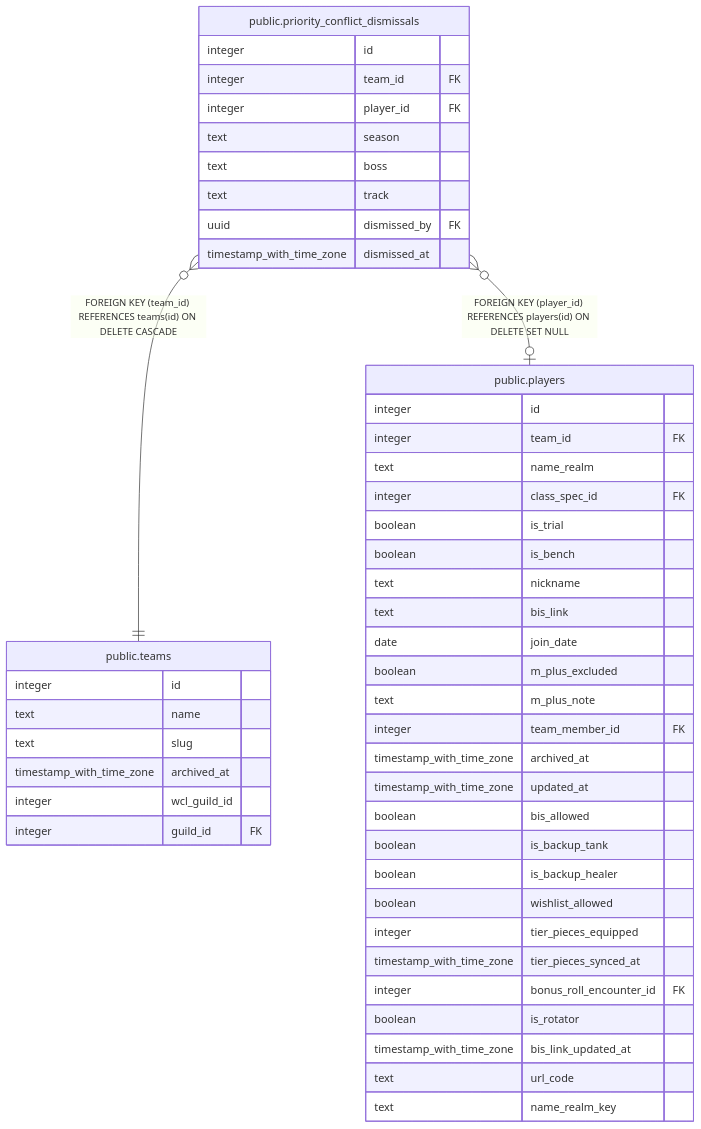
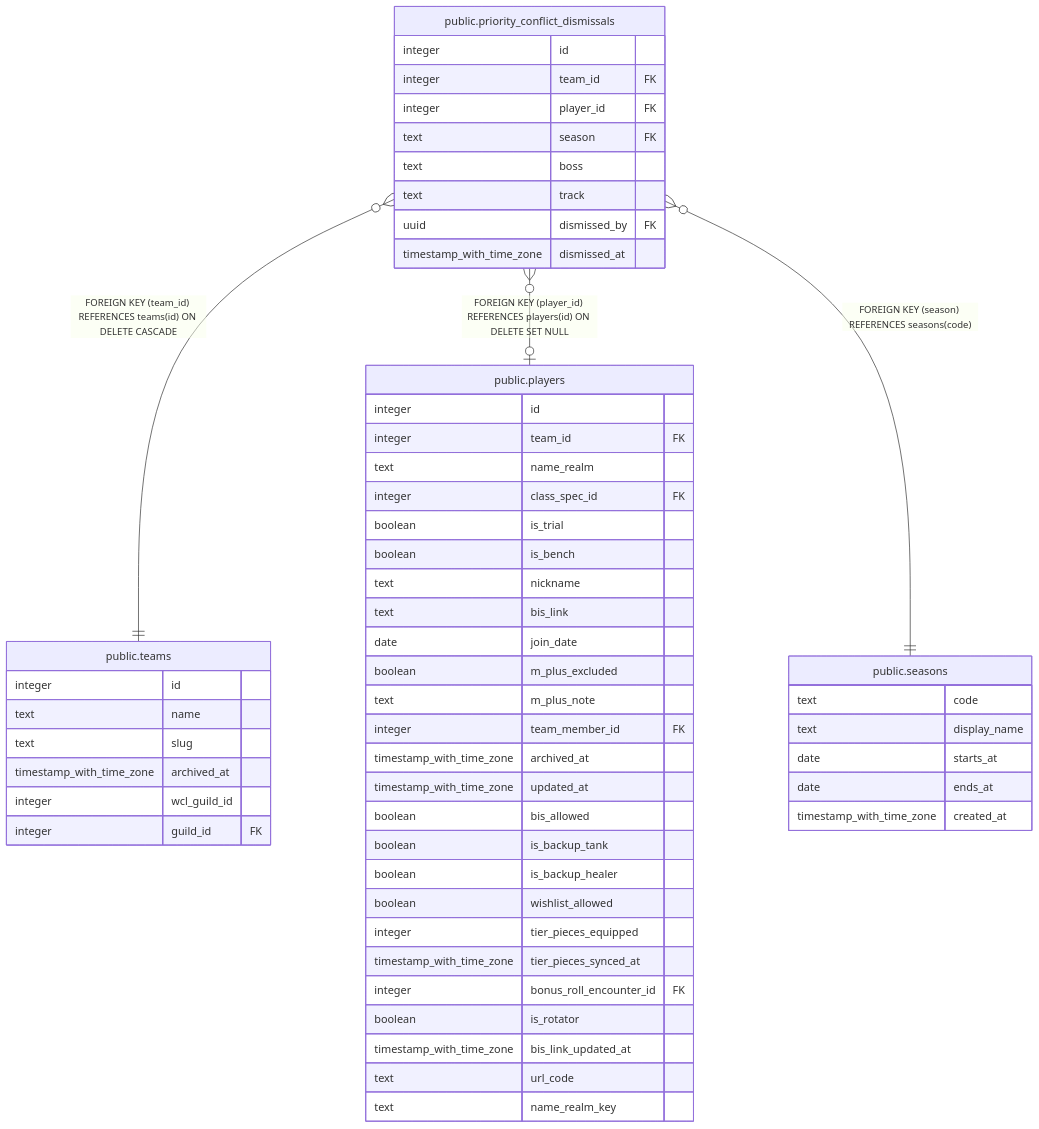
The diagram in dbdoc/public.priority_conflict_dismissals.md (katogaming88/WGA-Raid-Hub), drawn with Mermaid before and after one commit. The commit also changed other lines of this file and 64 other files, not shown here.

First line of the commit message:
A seasons table, a foreign key on every season column, and the sync keeping the team's stamp (v3.123.0) (#1194)

````diff
--- a/dbdoc/public.priority_conflict_dismissals.md
+++ b/dbdoc/public.priority_conflict_dismissals.md
@@ -45,52 +46,60 @@
 ```mermaid
 erDiagram
 
 "public.priority_conflict_dismissals" }o--|| "public.teams" : "FOREIGN KEY (team_id) REFERENCES teams(id) ON DELETE CASCADE"
 "public.priority_conflict_dismissals" }o--o| "public.players" : "FOREIGN KEY (player_id) REFERENCES players(id) ON DELETE SET NULL"
+"public.priority_conflict_dismissals" }o--|| "public.seasons" : "FOREIGN KEY (season) REFERENCES seasons(code)"
 
 "public.priority_conflict_dismissals" {
   integer id
   integer team_id FK
   integer player_id FK
-  text season
+  text season FK
   text boss
   text track
   uuid dismissed_by FK
   timestamp_with_time_zone dismissed_at
 }
 "public.teams" {
   integer id
   text name
   text slug
   timestamp_with_time_zone archived_at
   integer wcl_guild_id
   integer guild_id FK
 }
 "public.players" {
   integer id
   integer team_id FK
   text name_realm
   integer class_spec_id FK
   boolean is_trial
   boolean is_bench
   text nickname
   text bis_link
   date join_date
   boolean m_plus_excluded
   text m_plus_note
   integer team_member_id FK
   timestamp_with_time_zone archived_at
   timestamp_with_time_zone updated_at
   boolean bis_allowed
   boolean is_backup_tank
   boolean is_backup_healer
   boolean wishlist_allowed
   integer tier_pieces_equipped
   timestamp_with_time_zone tier_pieces_synced_at
   integer bonus_roll_encounter_id FK
   boolean is_rotator
   timestamp_with_time_zone bis_link_updated_at
   text url_code
   text name_realm_key
 }
+"public.seasons" {
+  text code
+  text display_name
+  date starts_at
+  date ends_at
+  timestamp_with_time_zone created_at
+}
 ```
````
